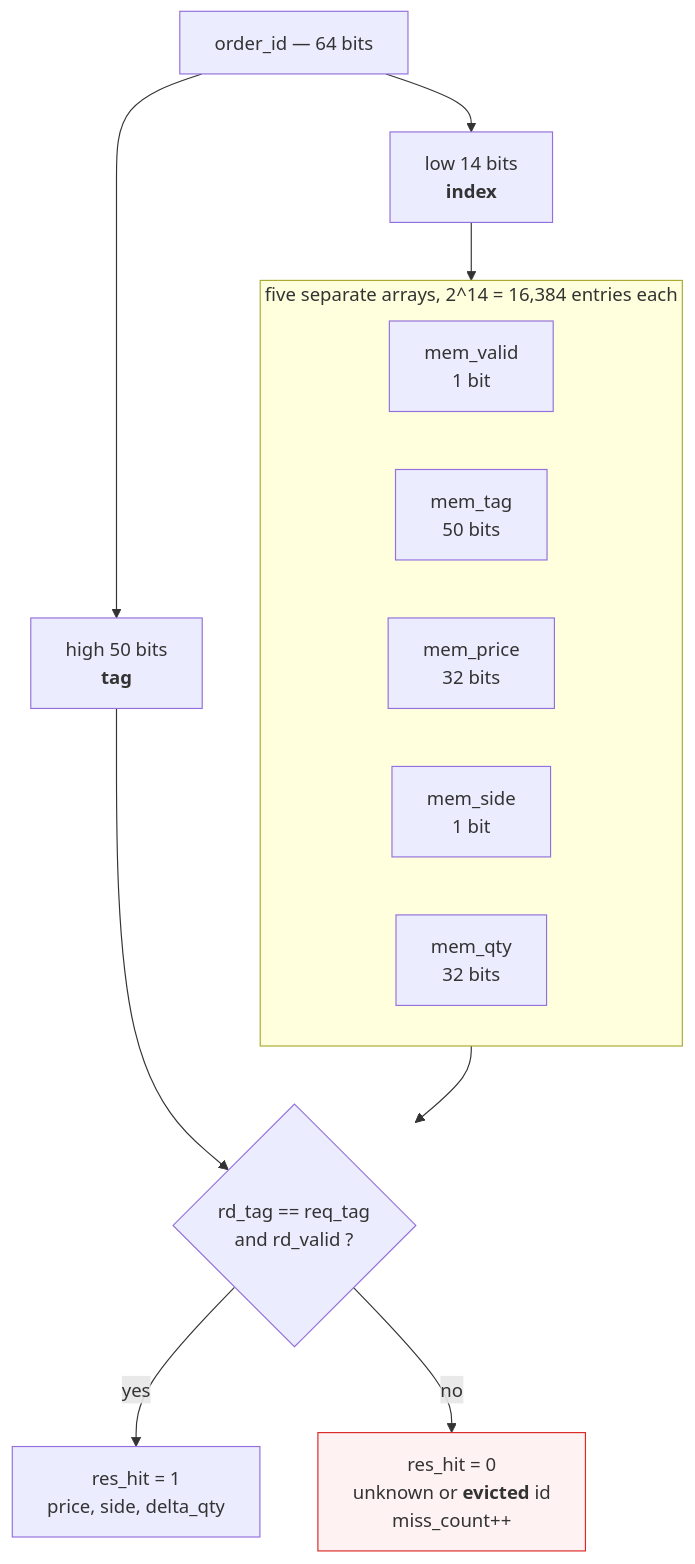
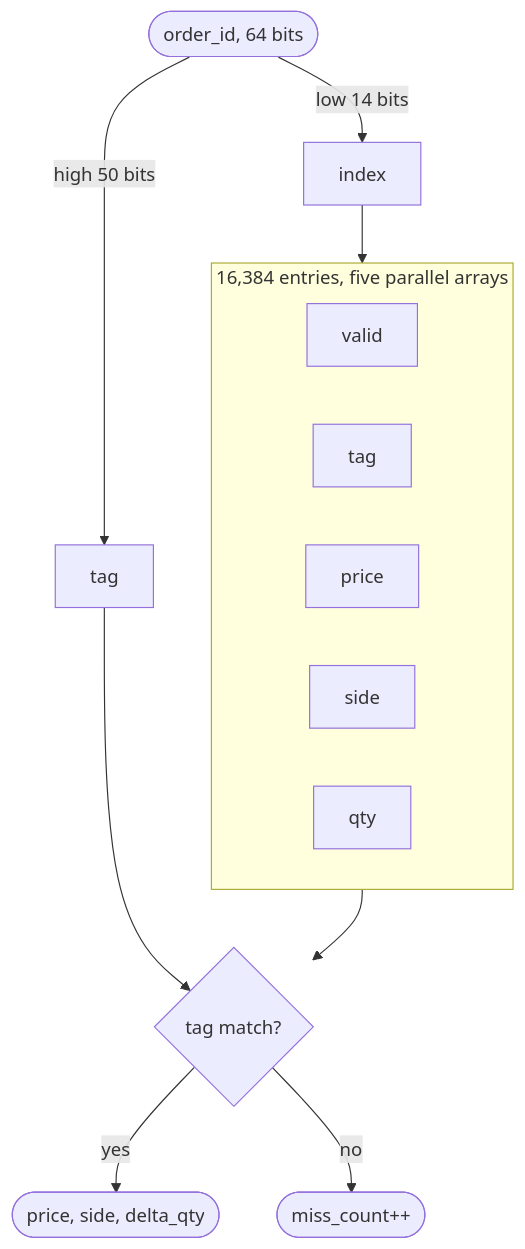
Before and after one commit to Rushmello369/fpga-feed-handler: the fourth of 11 diagrams in README.md, drawn with Mermaid. The commit also changed other lines of this file and 12 other files, not shown here.

Commit message:
add diagrams for system and module architectures

````diff
--- a/README.md
+++ b/README.md
@@ -361,25 +369,19 @@
 ```mermaid
-flowchart TB
-    ID["order_id — 64 bits"]
-    ID --> IDX["low 14 bits<br/><b>index</b>"]
-    ID --> TAG["high 50 bits<br/><b>tag</b>"]
-
+flowchart TD
+    ID([order_id, 64 bits])
+    ID -->|low 14 bits| IDX[index]
+    ID -->|high 50 bits| TAG[tag]
     IDX --> MEM
-
-    subgraph MEM["five separate arrays, 2^14 = 16,384 entries each"]
+    subgraph MEM["16,384 entries, five parallel arrays"]
         direction LR
-        M1["mem_valid<br/>1 bit"]
-        M2["mem_tag<br/>50 bits"]
-        M3["mem_price<br/>32 bits"]
-        M4["mem_side<br/>1 bit"]
-        M5["mem_qty<br/>32 bits"]
+        M1[valid]
+        M2[tag]
+        M3[price]
+        M4[side]
+        M5[qty]
     end
-
-    TAG --> CMP{"rd_tag == req_tag<br/>and rd_valid ?"}
-    MEM --> CMP
-    CMP -->|yes| HIT["res_hit = 1<br/>price, side, delta_qty"]
-    CMP -->|no| MISS["res_hit = 0<br/>unknown or <b>evicted</b> id<br/>miss_count++"]
-
-    classDef bad fill:#fef2f2,stroke:#dc2626
-    class MISS bad
+    MEM --> CMP{tag match?}
+    TAG --> CMP
+    CMP -->|yes| HIT([price, side, delta_qty])
+    CMP -->|no| MISS([miss_count++])
 ```
````
